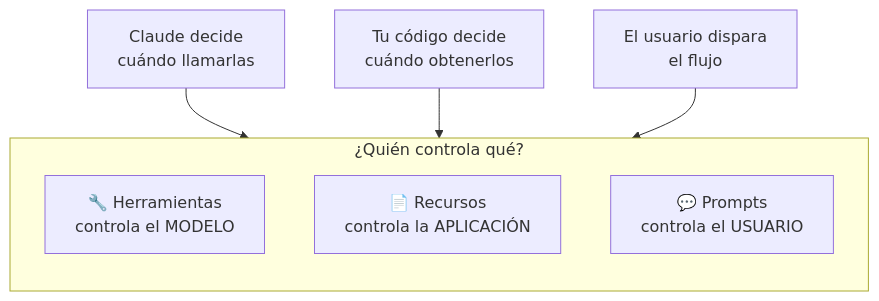
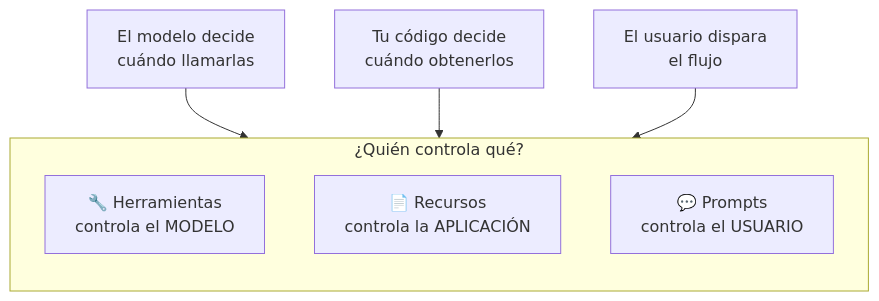
The first of 2 diagrams in Introduction to Model Context Protocol/07-primitivas-mcp.md (alvarezleonardo/MCP), drawn with Mermaid before and after one commit. The commit also changed other lines of this file and 14 other files, not shown here.

````diff
--- a/Introduction to Model Context Protocol/07-primitivas-mcp.md
+++ b/Introduction to Model Context Protocol/07-primitivas-mcp.md
@@ -5,12 +5,12 @@
 ```mermaid
 flowchart TB
     subgraph STACK["¿Quién controla qué?"]
         direction TB
         Tools["🔧 Herramientas<br/>controla el MODELO"]
         Resources["📄 Recursos<br/>controla la APLICACIÓN"]
         Prompts["💬 Prompts<br/>controla el USUARIO"]
     end
-    Claude["Claude decide<br/>cuándo llamarlas"] --> Tools
+    Modelo["El modelo decide<br/>cuándo llamarlas"] --> Tools
     AppCode["Tu código decide<br/>cuándo obtenerlos"] --> Resources
     User["El usuario dispara<br/>el flujo"] --> Prompts
 ```
````
